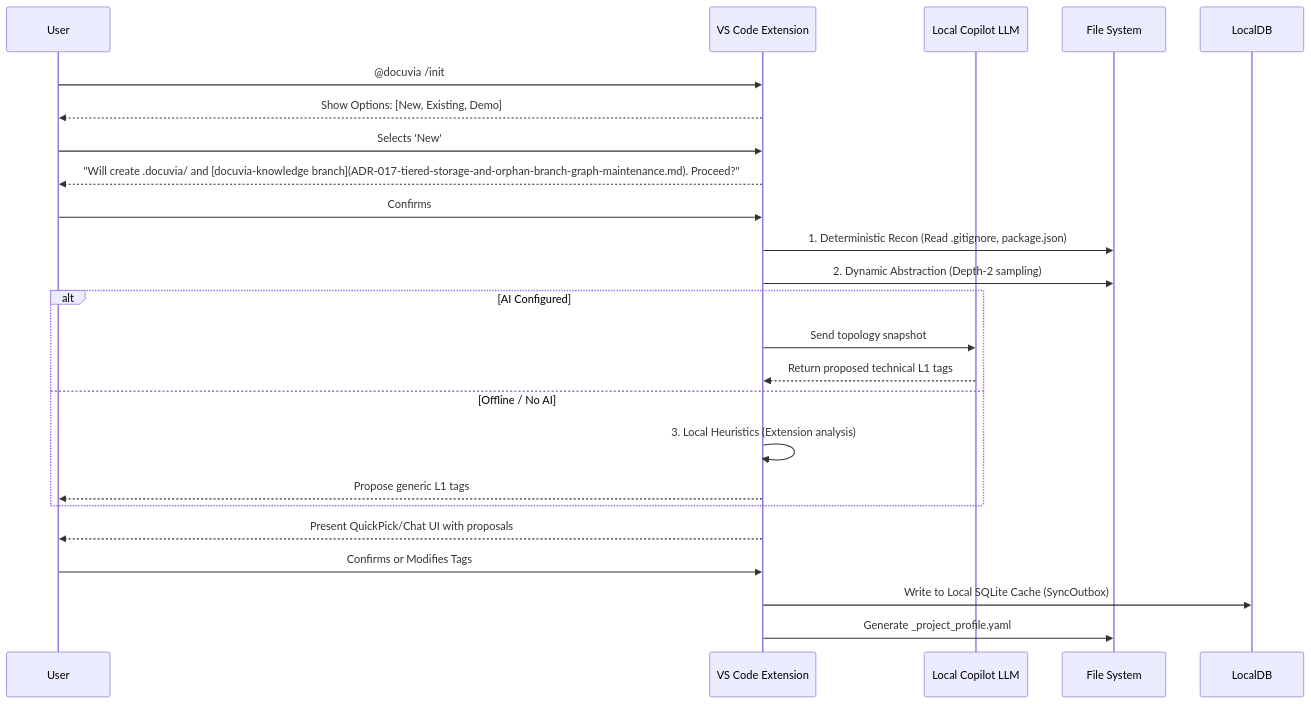
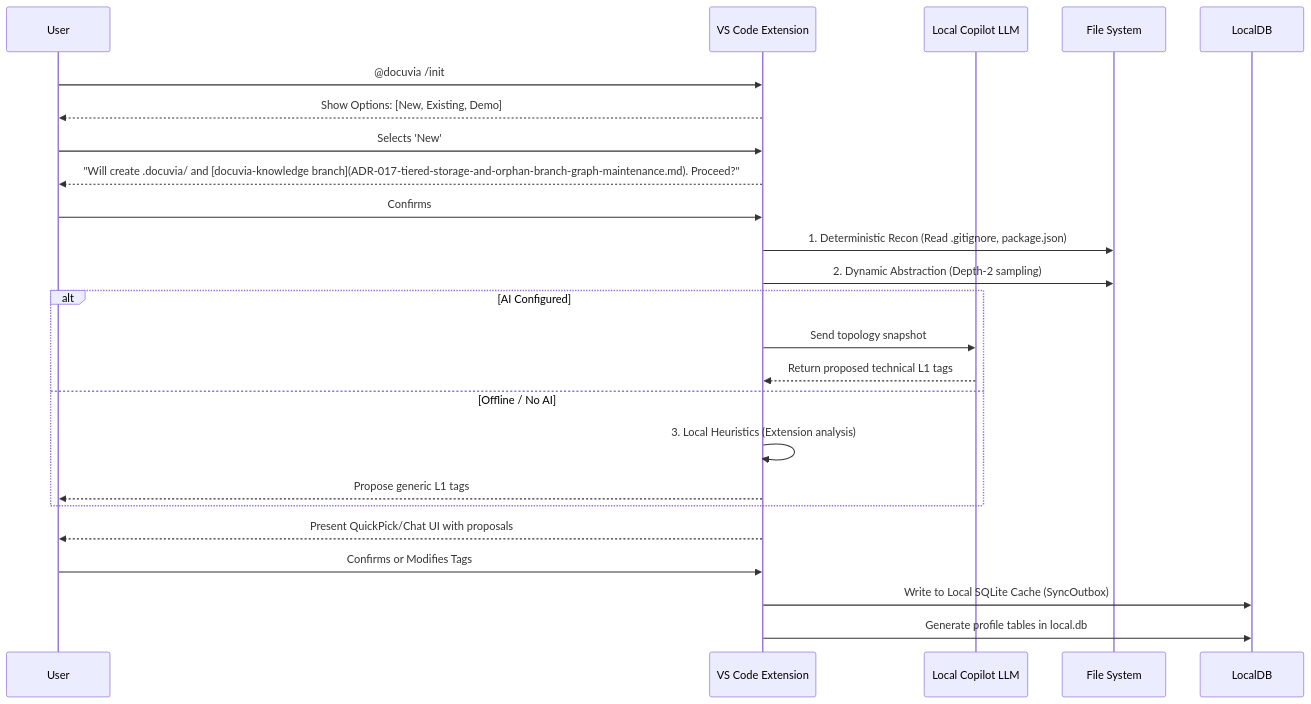
The diagram in docs/design/adrs/ADR-001-vscode-client-onboarding.md (dyphn1/Docuvia), drawn with Mermaid before and after one commit. The commit also changed other lines of this file and 12 other files, not shown here.

Commit message:
refactor(vscode): eliminate remaining legacy YAML usage and align documentation to local SQLite architecture

````diff
--- a/docs/design/adrs/ADR-001-vscode-client-onboarding.md
+++ b/docs/design/adrs/ADR-001-vscode-client-onboarding.md
@@ -14,29 +14,29 @@
 ```mermaid
 sequenceDiagram
     participant User
     participant VSC as VS Code Extension
     participant LLM as Local Copilot LLM
     participant FS as File System
 
     User->>VSC: @docuvia /init
     VSC-->>User: Show Options: [New, Existing, Demo]
     User->>VSC: Selects 'New'
     VSC-->>User: "Will create .docuvia/ and [docuvia-knowledge branch](ADR-017-tiered-storage-and-orphan-branch-graph-maintenance.md). Proceed?"
     User->>VSC: Confirms
 
     VSC->>FS: 1. Deterministic Recon (Read .gitignore, package.json)
     VSC->>FS: 2. Dynamic Abstraction (Depth-2 sampling)
 
     alt AI Configured
         VSC->>LLM: Send topology snapshot
         LLM-->>VSC: Return proposed technical L1 tags
     else Offline / No AI
         VSC->>VSC: 3. Local Heuristics (Extension analysis)
         VSC-->>User: Propose generic L1 tags
     end
 
     VSC-->>User: Present QuickPick/Chat UI with proposals
     User->>VSC: Confirms or Modifies Tags
     VSC->>LocalDB: Write to Local SQLite Cache (SyncOutbox)
-    VSC->>FS: Generate _project_profile.yaml
+    VSC->>LocalDB: Generate profile tables in local.db
 ```
````
